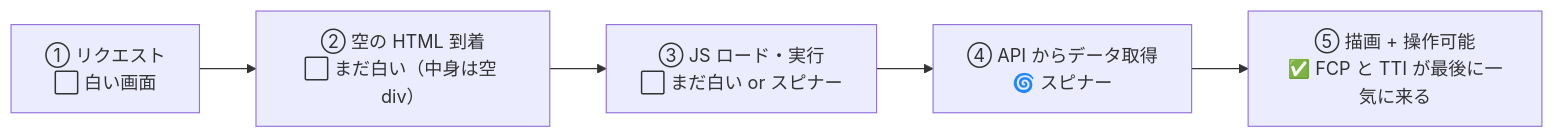
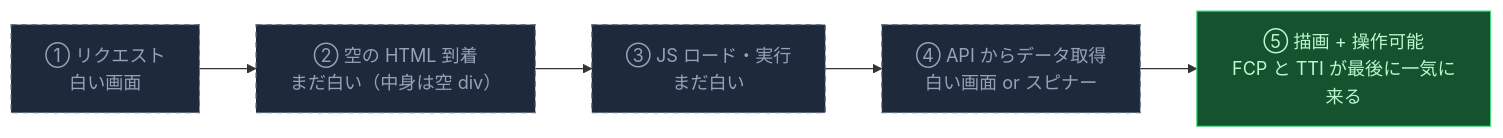
Before and after one commit to O6lvl4/O6lvl4-knowledge: the second of 5 diagrams in vault/rendering-phases.md, drawn with Mermaid. The commit also changed other lines of this file, not shown here.

Commit message:
フェーズ全体図の絵文字を状態別の色分けに変更

````diff
--- a/vault/rendering-phases.md
+++ b/vault/rendering-phases.md
@@ -27,7 +38,11 @@
 ```mermaid
 graph LR
-    A["① リクエスト<br/>⬜ 白い画面"] --> B["② 空の HTML 到着<br/>⬜ まだ白い（中身は空 div）"]
-    B --> C["③ JS ロード・実行<br/>⬜ まだ白い or スピナー"]
-    C --> D["④ API からデータ取得<br/>🌀 スピナー"]
-    D --> E["⑤ 描画 + 操作可能<br/>✅ FCP と TTI が最後に一気に来る"]
+    A["① リクエスト<br/>白い画面"] --> B["② 空の HTML 到着<br/>まだ白い（中身は空 div）"]
+    B --> C["③ JS ロード・実行<br/>まだ白い"]
+    C --> D["④ API からデータ取得<br/>白い画面 or スピナー"]
+    D --> E["⑤ 描画 + 操作可能<br/>FCP と TTI が最後に一気に来る"]
+    classDef blank fill:#1E293B,stroke:#64748B,stroke-dasharray: 5 4,color:#94A3B8
+    classDef ready fill:#14532D,stroke:#4ADE80,color:#BBF7D0
+    class A,B,C,D blank
+    class E ready
 ```
````
